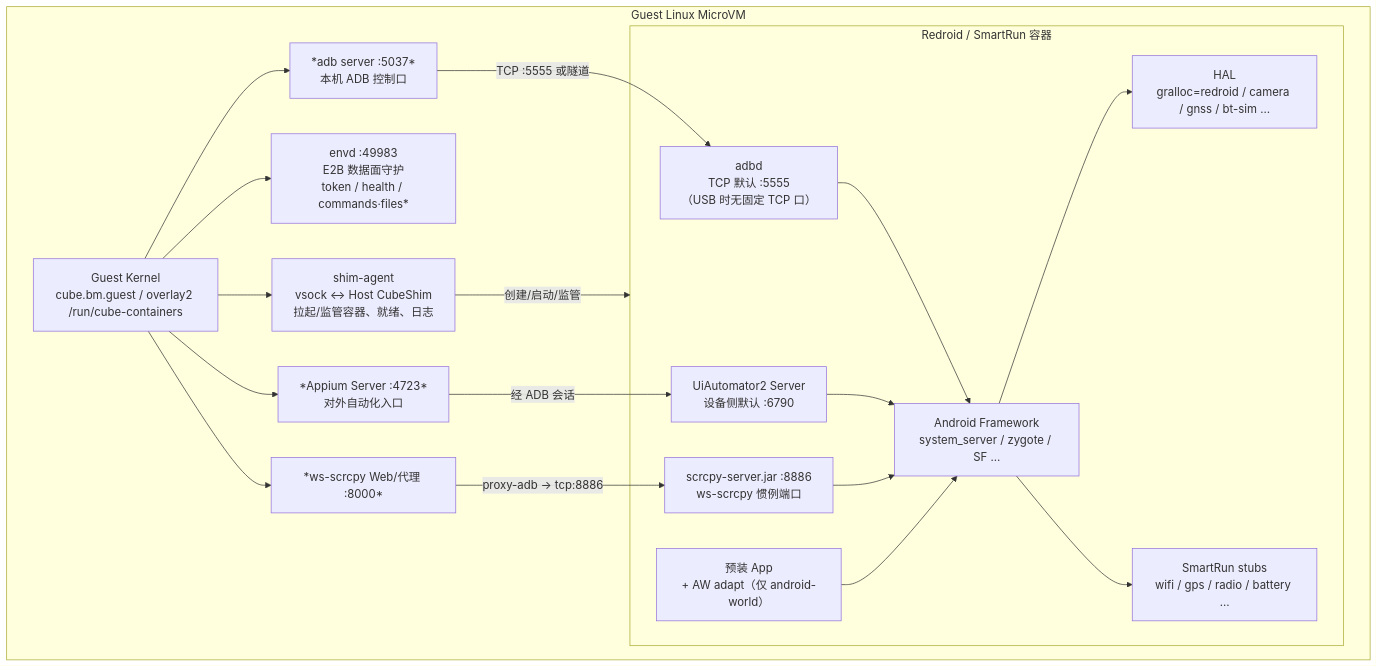
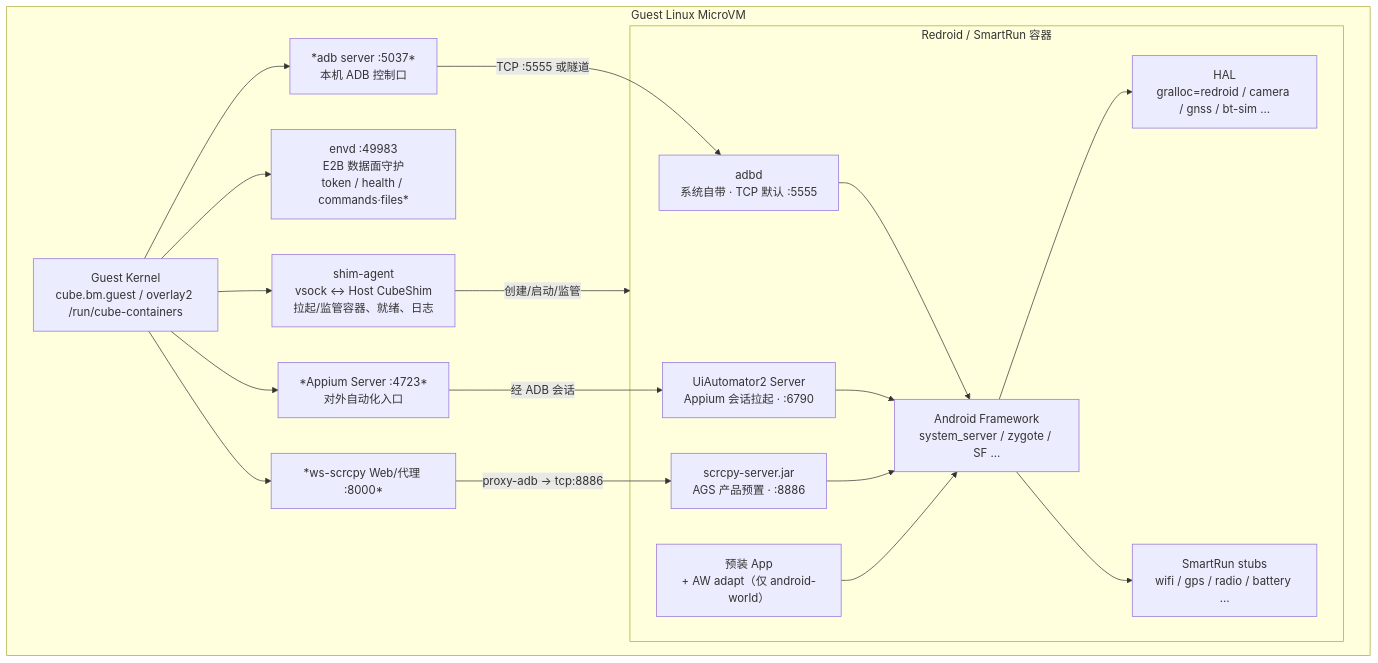
The first of 6 diagrams in docs/architecture/ags-mobile-cube-runtime.md (LOLHenry/android-cuttlefish), drawn with Mermaid before and after one commit. The commit also changed other lines of this file, not shown here.

First line of the commit message:
docs: label UIA2 as session-started, scrcpy as product-prebuilt

````diff
--- a/docs/architecture/ags-mobile-cube-runtime.md
+++ b/docs/architecture/ags-mobile-cube-runtime.md
@@ -17,40 +17,40 @@
 ```mermaid
 flowchart TB
   subgraph Guest["Guest Linux MicroVM"]
     Kernel["Guest Kernel<br/>cube.bm.guest / overlay2 /run/cube-containers"]
 
     ShimAgent["shim-agent<br/>vsock ↔ Host CubeShim<br/>拉起/监管容器、就绪、日志"]
     Envd["envd :49983<br/>E2B 数据面守护<br/>token / health / commands·files*"]
     AdbSrv["*adb server :5037*<br/>本机 ADB 控制口"]
     Appium["*Appium Server :4723*<br/>对外自动化入口"]
     ScrcpyWeb["*ws-scrcpy Web/代理 :8000*"]
 
     subgraph Redroid["Redroid / SmartRun 容器"]
-      ADBD["adbd<br/>TCP 默认 :5555<br/>（USB 时无固定 TCP 口）"]
-      UIA2["UiAutomator2 Server<br/>设备侧默认 :6790"]
-      ScrcpySrv["scrcpy-server.jar :8886<br/>ws-scrcpy 惯例端口"]
+      ADBD["adbd<br/>系统自带 · TCP 默认 :5555"]
+      UIA2["UiAutomator2 Server<br/>Appium 会话拉起 · :6790"]
+      ScrcpySrv["scrcpy-server.jar<br/>AGS 产品预置 · :8886"]
       FW["Android Framework<br/>system_server / zygote / SF …"]
       HAL["HAL<br/>gralloc=redroid / camera / gnss / bt-sim …"]
       Stubs["SmartRun stubs<br/>wifi / gps / radio / battery …"]
       Apps["预装 App<br/>+ AW adapt（仅 android-world）"]
     end
 
     Kernel --> ShimAgent
     Kernel --> Envd
     Kernel --> AdbSrv
     Kernel --> Appium
     Kernel --> ScrcpyWeb
     ShimAgent -->|"创建/启动/监管"| Redroid
 
     Appium -->|"经 ADB 会话"| UIA2
     ScrcpyWeb -->|"proxy-adb → tcp:8886"| ScrcpySrv
     AdbSrv -->|"TCP :5555 或隧道"| ADBD
 
     ADBD --> FW
     UIA2 --> FW
     ScrcpySrv --> FW
     FW --> HAL
     FW --> Stubs
     Apps --> FW
   end
 ```
````
